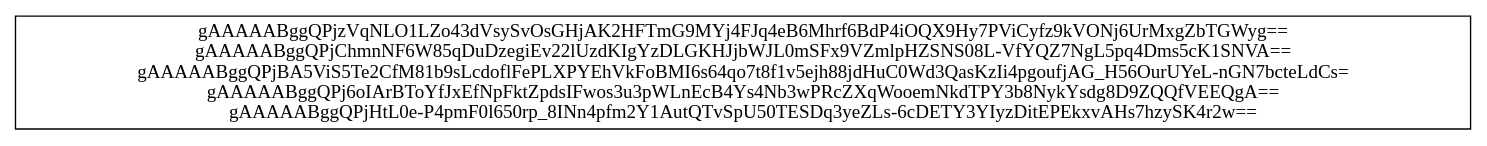
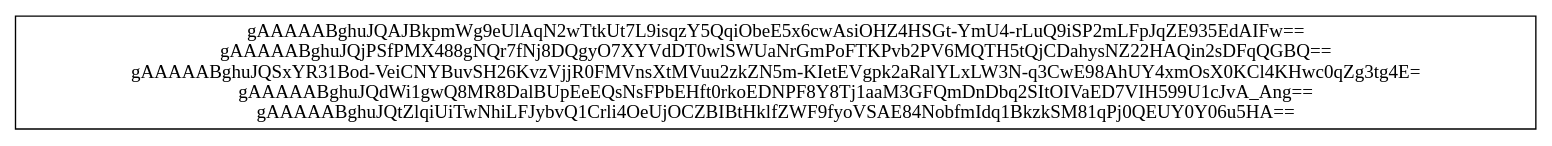
Before and after one commit to Villa01/EDD_VirtualMall_201900907: the diagram in Backend/reportesDot/ArbolBEncriptado.dot, drawn with Graphviz. The commit also changed 7 other files, not shown here.

```diff
--- a/Backend/reportesDot/ArbolBEncriptado.dot
+++ b/Backend/reportesDot/ArbolBEncriptado.dot
@@ -1,5 +1,5 @@
 digraph grafo { 
 	node[shape="record"]
-nodo1234567890101[label = "gAAAAABggQPjzVqNLO1LZo43dVsySvOsGHjAK2HFTmG9MYj4FJq4eB6Mhrf6BdP4iOQX9Hy7PViCyfz9kVONj6UrMxgZbTGWyg==\ngAAAAABggQPjChmnNF6W85qDuDzegiEv22lUzdKIgYzDLGKHJjbWJL0mSFx9VZmlpHZSNS08L-VfYQZ7NgL5pq4Dms5cK1SNVA==\ngAAAAABggQPjBA5ViS5Te2CfM81b9sLcdoflFePLXPYEhVkFoBMI6s64qo7t8f1v5ejh88jdHuC0Wd3QasKzIi4pgoufjAG_H56OurUYeL-nGN7bcteLdCs=\ngAAAAABggQPj6oIArBToYfJxEfNpFktZpdsIFwos3u3pWLnEcB4Ys4Nb3wPRcZXqWooemNkdTPY3b8NykYsdg8D9ZQQfVEEQgA==\ngAAAAABggQPjHtL0e-P4pmF0l650rp_8INn4pfm2Y1AutQTvSpU50TESDq3yeZLs-6cDETY3YIyzDitEPEkxvAHs7hzySK4r2w=="];
+nodo1234567890101[label = "gAAAAABghuJQAJBkpmWg9eUlAqN2wTtkUt7L9isqzY5QqiObeE5x6cwAsiOHZ4HSGt-YmU4-rLuQ9iSP2mLFpJqZE935EdAIFw==\ngAAAAABghuJQjPSfPMX488gNQr7fNj8DQgyO7XYVdDT0wlSWUaNrGmPoFTKPvb2PV6MQTH5tQjCDahysNZ22HAQin2sDFqQGBQ==\ngAAAAABghuJQSxYR31Bod-VeiCNYBuvSH26KvzVjjR0FMVnsXtMVuu2zkZN5m-KIetEVgpk2aRalYLxLW3N-q3CwE98AhUY4xmOsX0KCl4KHwc0qZg3tg4E=\ngAAAAABghuJQdWi1gwQ8MR8DalBUpEeEQsNsFPbEHft0rkoEDNPF8Y8Tj1aaM3GFQmDnDbq2SItOIVaED7VIH599U1cJvA_Ang==\ngAAAAABghuJQtZlqiUiTwNhiLFJybvQ1Crli4OeUjOCZBIBtHklfZWF9fyoVSAE84NobfmIdq1BkzkSM81qPj0QEUY0Y06u5HA=="];
 
 }
```
